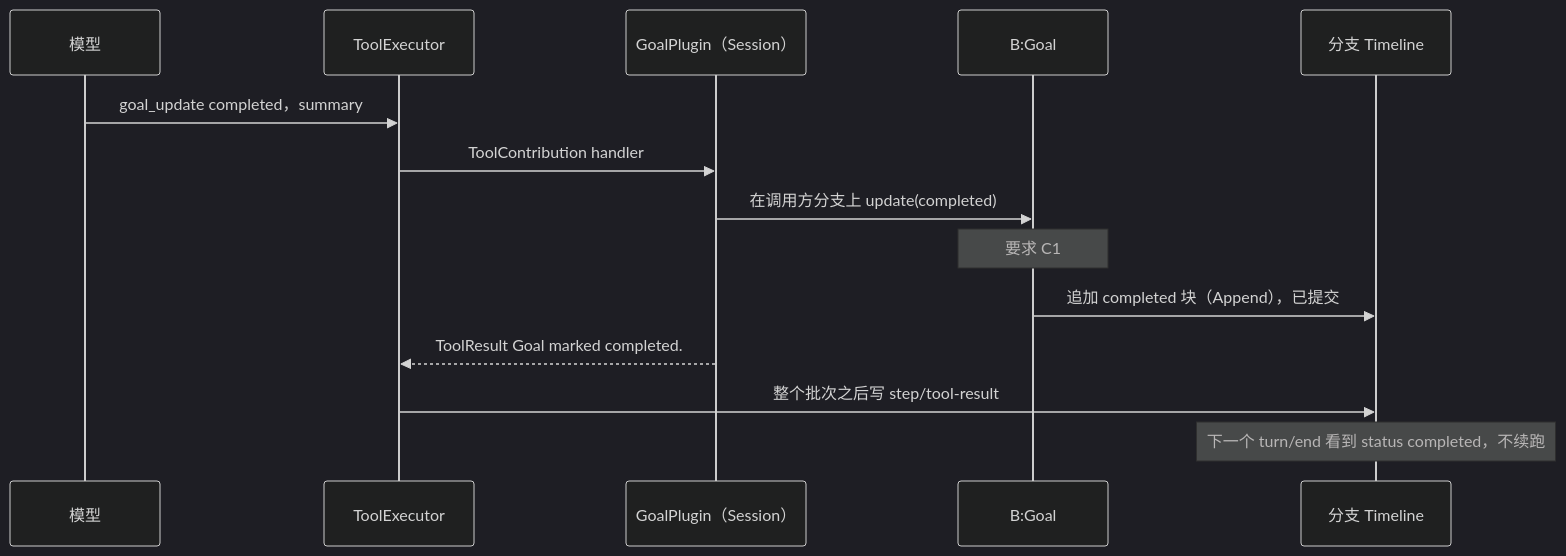
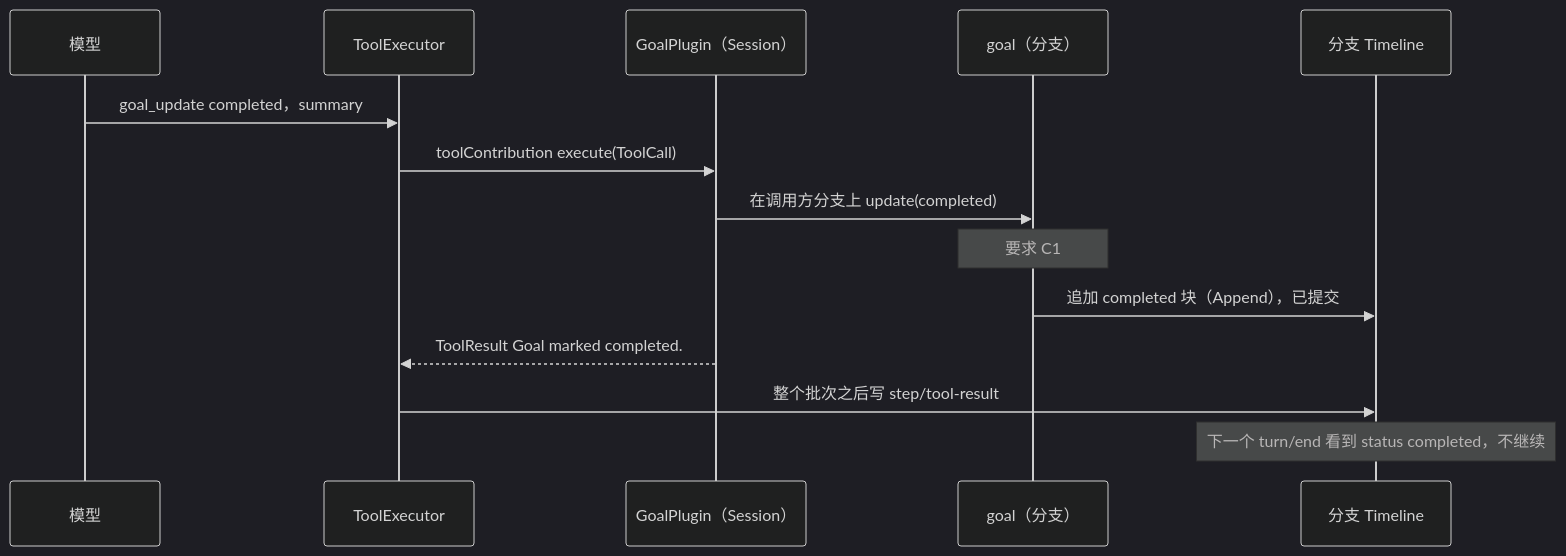
One commit to CoutinhoTTS/dim-agent changed the fourth of 6 diagrams in docs/zh/design/plugins/Goal.md. Above: the diagram before and after it, drawn with Mermaid (dark theme). The commit also changed other lines of this file and 18 other files, not shown here.

````diff
--- a/docs/zh/design/plugins/Goal.md
+++ b/docs/zh/design/plugins/Goal.md
@@ -108,16 +108,16 @@
 ```mermaid
 sequenceDiagram
   participant Model as 模型
   participant TE as ToolExecutor
   participant GS as GoalPlugin（Session）
-  participant G as B:Goal
+  participant G as goal（分支）
   participant TL as 分支 Timeline
   Model->>TE: goal_update completed，summary
-  TE->>GS: ToolContribution handler
+  TE->>GS: toolContribution execute(ToolCall)
   GS->>G: 在调用方分支上 update(completed)
   Note over G: 要求 C1
   G->>TL: 追加 completed 块（Append），已提交
   GS-->>TE: ToolResult Goal marked completed.
   TE->>TL: 整个批次之后写 step/tool-result
-  Note over TL: 下一个 turn/end 看到 status completed，不续跑
+  Note over TL: 下一个 turn/end 看到 status completed，不继续
 ```
````
